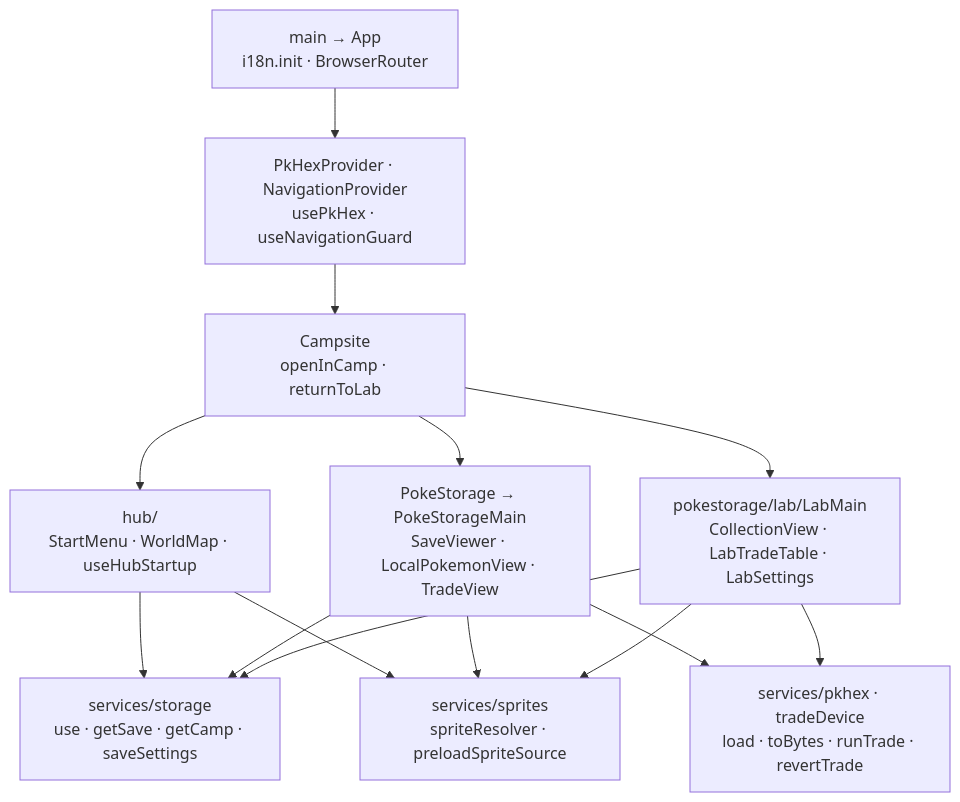
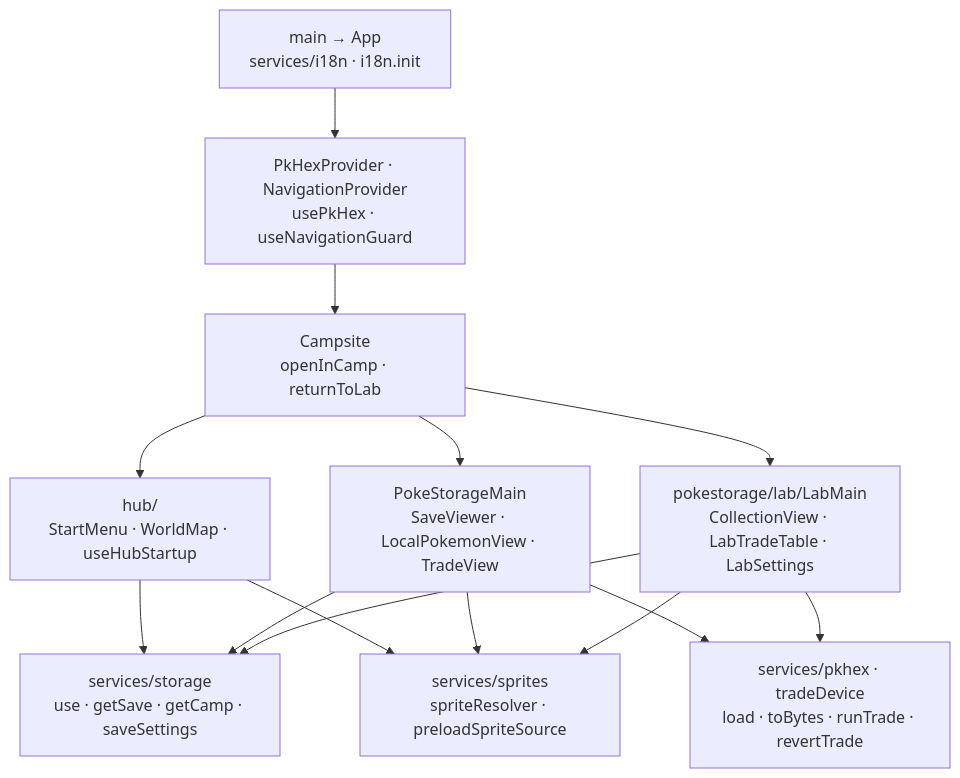
Before and after one commit to MercuryEnigma/pkcamp: the diagram in ARCHITECTURE.md, drawn with Mermaid. The commit also changed other lines of this file and 44 other files, not shown here.

````diff
--- a/ARCHITECTURE.md
+++ b/ARCHITECTURE.md
@@ -18,11 +17,11 @@
 ```mermaid
 flowchart TB
-  Entry["main → App<br/>i18n.init · BrowserRouter"] --> Providers["PkHexProvider · NavigationProvider<br/>usePkHex · useNavigationGuard"]
+  Entry["main → App<br/>services/i18n · i18n.init"] --> Providers["PkHexProvider · NavigationProvider<br/>usePkHex · useNavigationGuard"]
   Providers --> Shell["Campsite<br/>openInCamp · returnToLab"]
   Shell --> Hub["hub/<br/>StartMenu · WorldMap · useHubStartup"]
-  Shell --> Camp["PokeStorage → PokeStorageMain<br/>SaveViewer · LocalPokemonView · TradeView"]
+  Shell --> Camp["PokeStorageMain<br/>SaveViewer · LocalPokemonView · TradeView"]
   Shell --> Lab["pokestorage/lab/LabMain<br/>CollectionView · LabTradeTable · LabSettings"]
   Hub & Camp & Lab --> Storage["services/storage<br/>use · getSave · getCamp · saveSettings"]
   Camp & Lab --> Data["services/pkhex · tradeDevice<br/>load · toBytes · runTrade · revertTrade"]
   Hub & Camp & Lab --> Sprites["services/sprites<br/>spriteResolver · preloadSpriteSource"]
 ```
````
